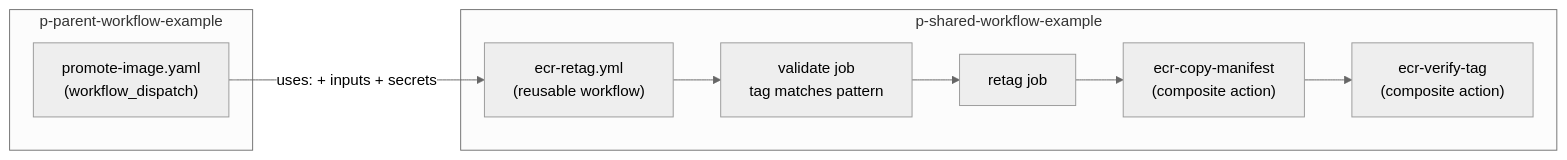
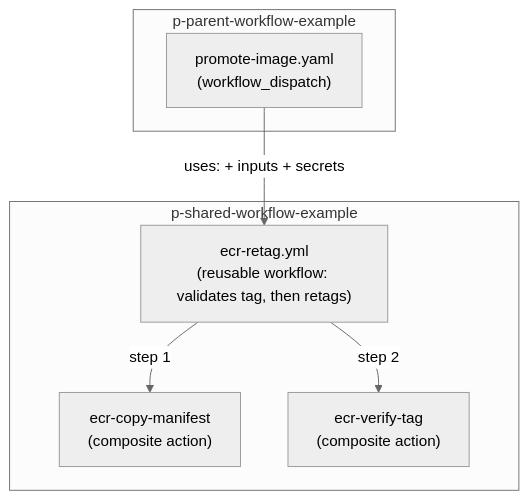
The diagram in README.md (mattmoulds/p-shared-workflow-example), drawn with Mermaid (neutral theme) before and after one commit.

Commit message:
cheeky mermaid

````diff
--- a/README.md
+++ b/README.md
@@ -21,18 +21,16 @@
 ```mermaid
-flowchart LR
+flowchart TD
   subgraph parent["p-parent-workflow-example"]
     P["promote-image.yaml<br/>(workflow_dispatch)"]
   end
 
   subgraph shared["p-shared-workflow-example"]
-    W["ecr-retag.yml<br/>(reusable workflow)"]
-    V["validate job<br/>tag matches pattern"]
-    R["retag job"]
+    W["ecr-retag.yml<br/>(reusable workflow: validates tag, then retags)"]
     C["ecr-copy-manifest<br/>(composite action)"]
     T["ecr-verify-tag<br/>(composite action)"]
   end
 
   P -- "uses: + inputs + secrets" --> W
-  W --> V --> R
-  R --> C --> T
+  W -- "step 1" --> C
+  W -- "step 2" --> T
 ```
````
